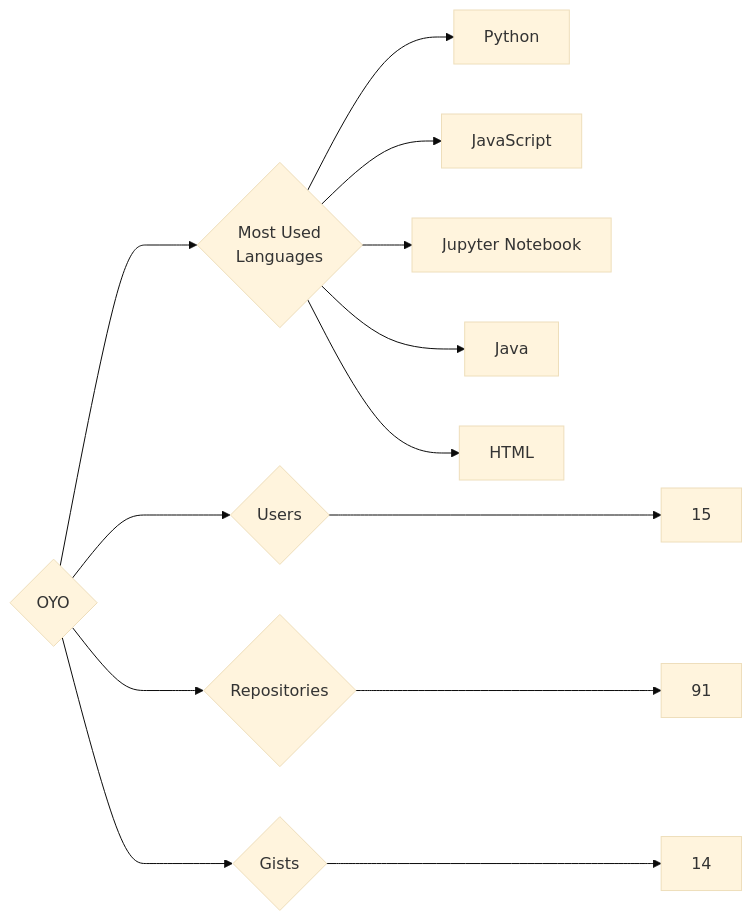
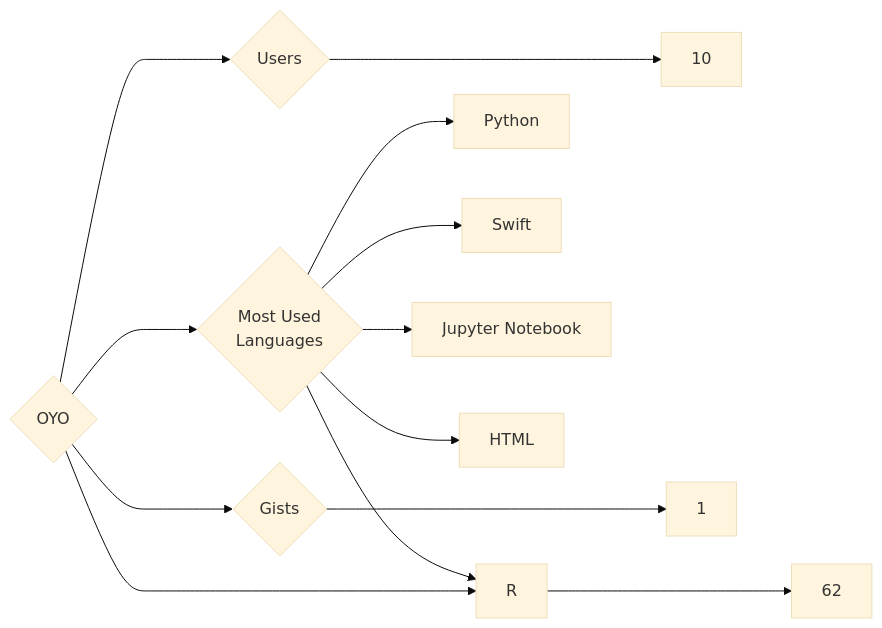
The diagram in targets/OYO/README.md (trickest/insiders), drawn with Mermaid (base theme) before and after one commit. The commit also changed 964 other files, not shown here.

````diff
--- a/targets/OYO/README.md
+++ b/targets/OYO/README.md
@@ -3,13 +3,13 @@
 ```mermaid
 graph LR
 COMPANY_NAME{OYO}
-COMPANY_NAME ---> U{Users} ---> UN[15]
-COMPANY_NAME ---> R{Repositories} ---> RN[91]
-COMPANY_NAME ---> G{Gists} ---> GN[14]
+COMPANY_NAME ---> U{Users} ---> UN[10]
+COMPANY_NAME ---> R{Repositories} ---> RN[62]
+COMPANY_NAME ---> G{Gists} ---> GN[1]
 COMPANY_NAME ---> ML{Most Used<br>Languages}
 ML --> Python[Python]
-ML --> JavaScript[JavaScript]
+ML --> Swift[Swift]
 ML --> Jupyter_Notebook[Jupyter Notebook]
-ML --> Java[Java]
 ML --> HTML[HTML]
+ML --> R[R]
 ```
````
